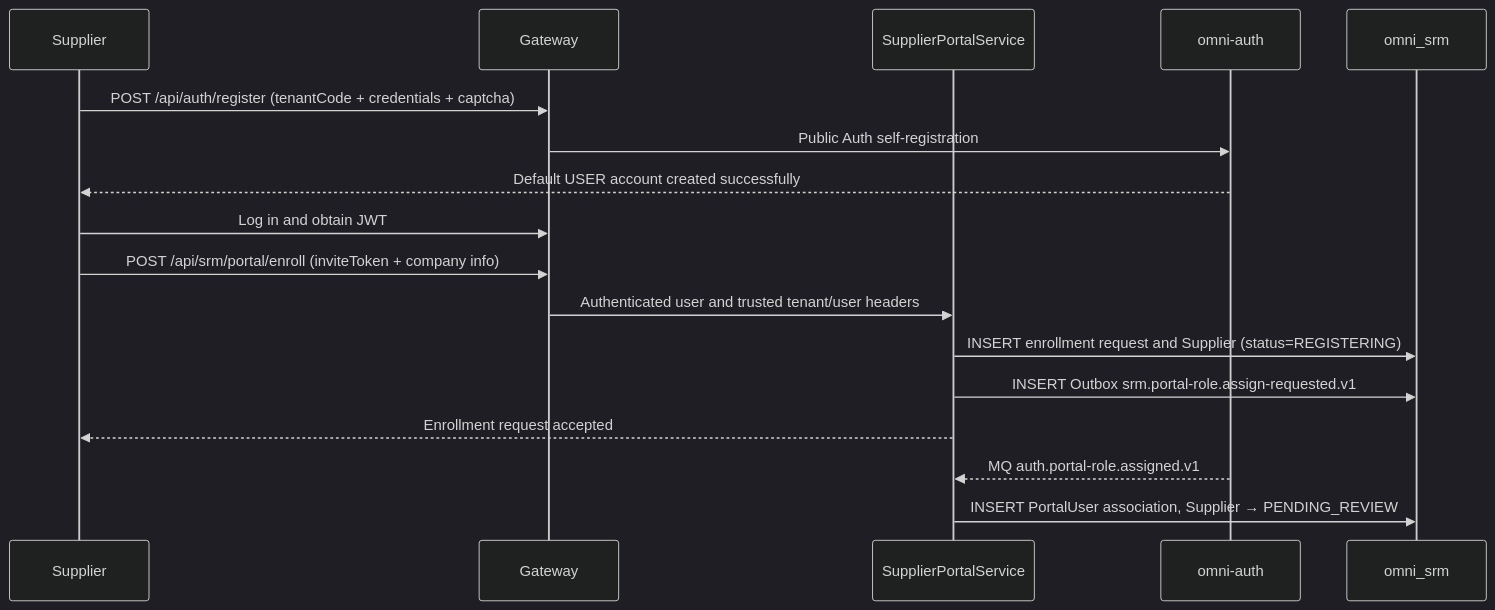
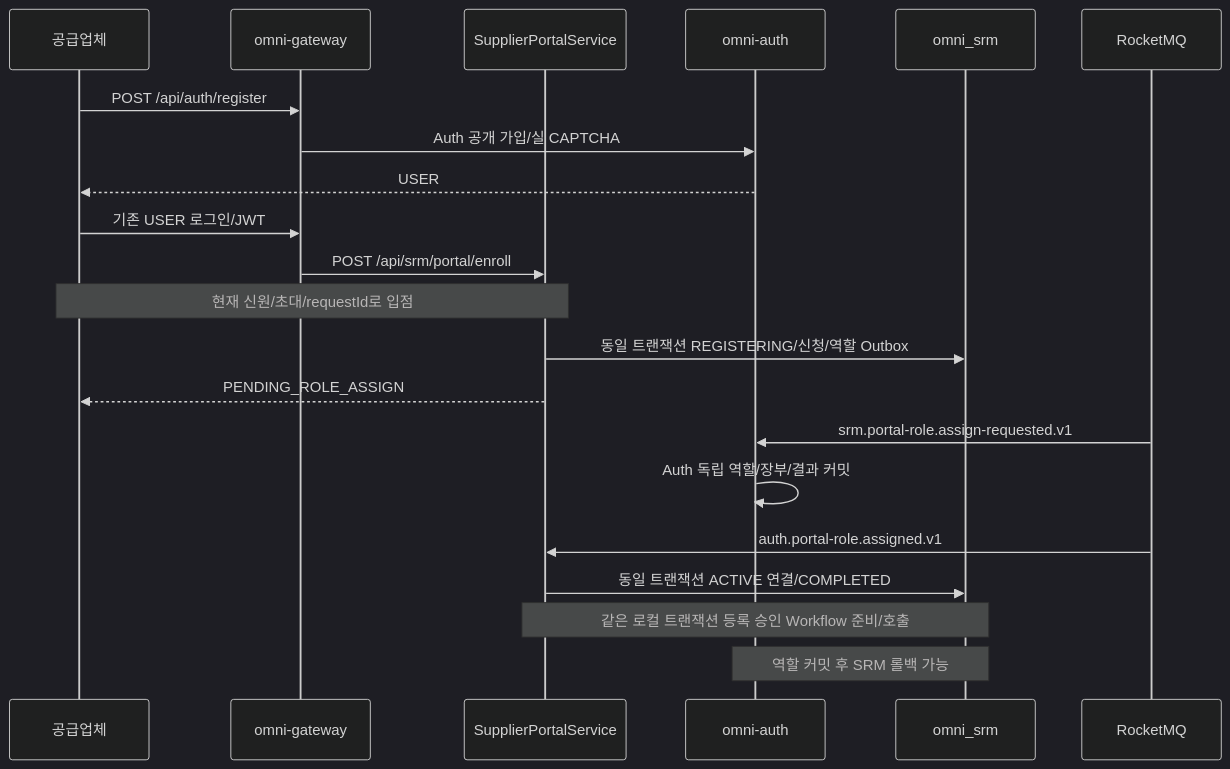
The fifth of 5 diagrams in docs/design/srm-design.kr.md (wang-baohai/Omni-Stack), drawn with Mermaid (dark theme) before and after one commit. The commit also changed other lines of this file and 1095 other files, not shown here.

````diff
--- a/docs/design/srm-design.kr.md
+++ b/docs/design/srm-design.kr.md
@@ -324,20 +318,23 @@
 ```mermaid
 sequenceDiagram
-    participant SUP as Supplier
-    participant GW as Gateway
+    participant SUP as 공급업체
+    participant GW as omni-gateway
     participant S as SupplierPortalService
     participant AUTH as omni-auth
     participant DB as omni_srm
-
-    SUP->>GW: POST /api/auth/register (tenantCode + credentials + captcha)
-    GW->>AUTH: Public Auth self-registration
-    AUTH-->>SUP: Default USER account created successfully
-    SUP->>GW: Log in and obtain JWT
-    SUP->>GW: POST /api/srm/portal/enroll (inviteToken + company info)
-    GW->>S: Authenticated user and trusted tenant/user headers
-    S->>DB: INSERT enrollment request and Supplier (status=REGISTERING)
-    S->>DB: INSERT Outbox srm.portal-role.assign-requested.v1
-    S-->>SUP: Enrollment request accepted
-    AUTH-->>S: MQ auth.portal-role.assigned.v1
-    S->>DB: INSERT PortalUser association, Supplier → PENDING_REVIEW
+    participant MQ as RocketMQ
+    SUP->>GW: POST /api/auth/register
+    GW->>AUTH: Auth 공개 가입/실 CAPTCHA
+    AUTH-->>SUP: USER
+    SUP->>GW: 기존 USER 로그인/JWT
+    GW->>S: POST /api/srm/portal/enroll
+    Note over SUP,S: 현재 신원/초대/requestId로 입점
+    S->>DB: 동일 트랜잭션 REGISTERING/신청/역할 Outbox
+    S-->>SUP: PENDING_ROLE_ASSIGN
+    MQ->>AUTH: srm.portal-role.assign-requested.v1
+    AUTH->>AUTH: Auth 독립 역할/장부/결과 커밋
+    MQ->>S: auth.portal-role.assigned.v1
+    S->>DB: 동일 트랜잭션 ACTIVE 연결/COMPLETED
+    Note over S,DB: 같은 로컬 트랜잭션 등록 승인 Workflow 준비/호출
+    Note over AUTH,DB: 역할 커밋 후 SRM 롤백 가능
 ```
````
